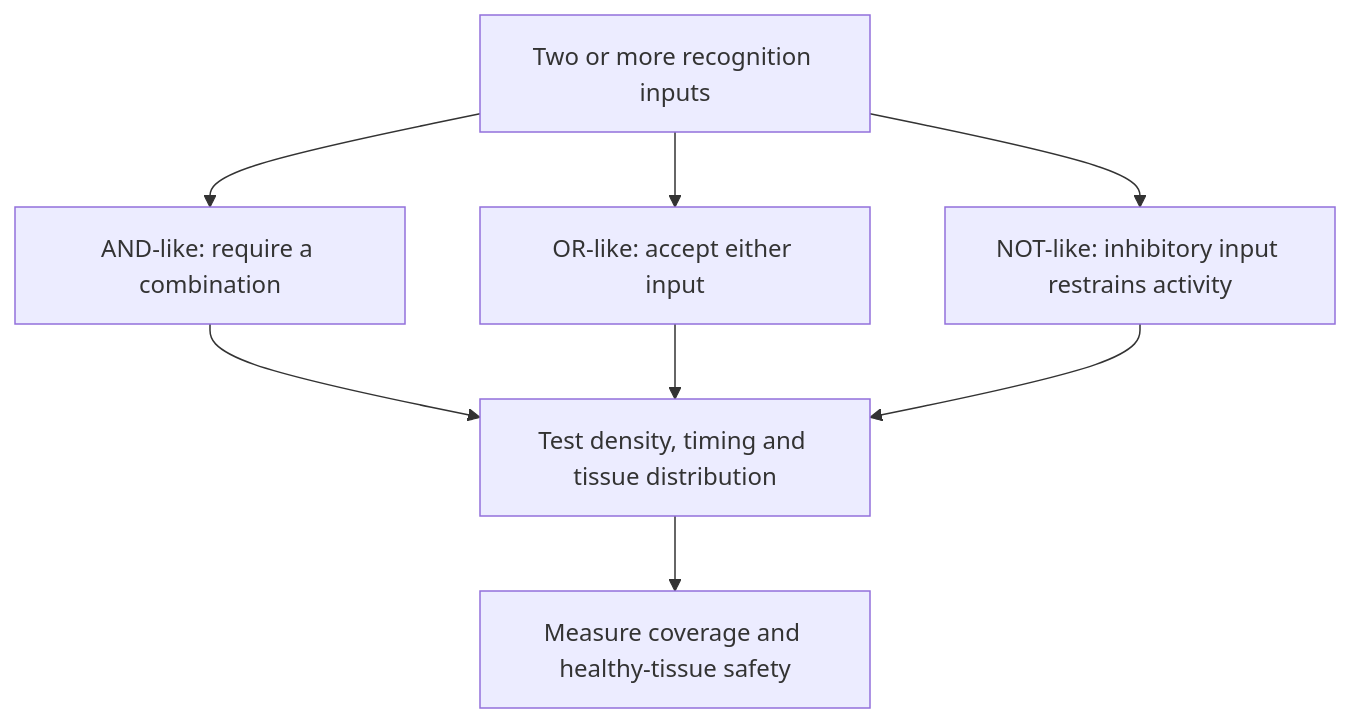
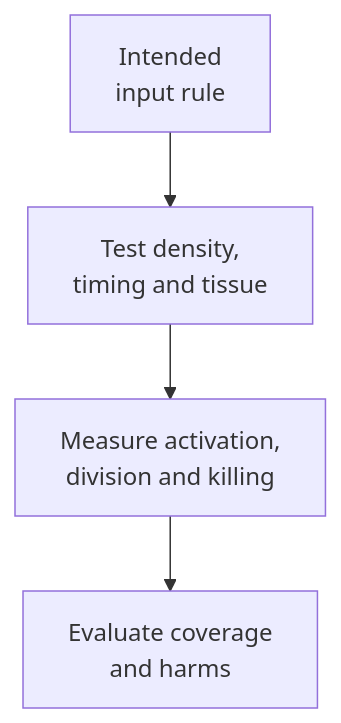
Before and after one commit to jasonLaster/oncoguide: the diagram in wiki/education/concepts/therapeutics/cell-therapies/logic-gated-cars.md, drawn with Mermaid. The commit also changed other lines of this file and 43 other files, not shown here.

Commit message:
education: sync engineered-cell curriculum and native diagram settings

````diff
--- a/wiki/education/concepts/therapeutics/cell-therapies/logic-gated-cars.md
+++ b/wiki/education/concepts/therapeutics/cell-therapies/logic-gated-cars.md
@@ -44,10 +48,6 @@
 ```mermaid
 flowchart TD
-  A["Two or more recognition inputs"] --> B["AND-like: require a combination"]
-  A --> C["OR-like: accept either input"]
-  A --> D["NOT-like: inhibitory input restrains activity"]
-  B --> E["Test density, timing and tissue distribution"]
-  C --> E
-  D --> E
-  E --> F["Measure coverage and healthy-tissue safety"]
+  A["Intended<br/>input rule"] --> B["Test density,<br/>timing and tissue"]
+  B --> C["Measure activation,<br/>division and killing"]
+  C --> D["Evaluate coverage<br/>and harms"]
 ```
````
